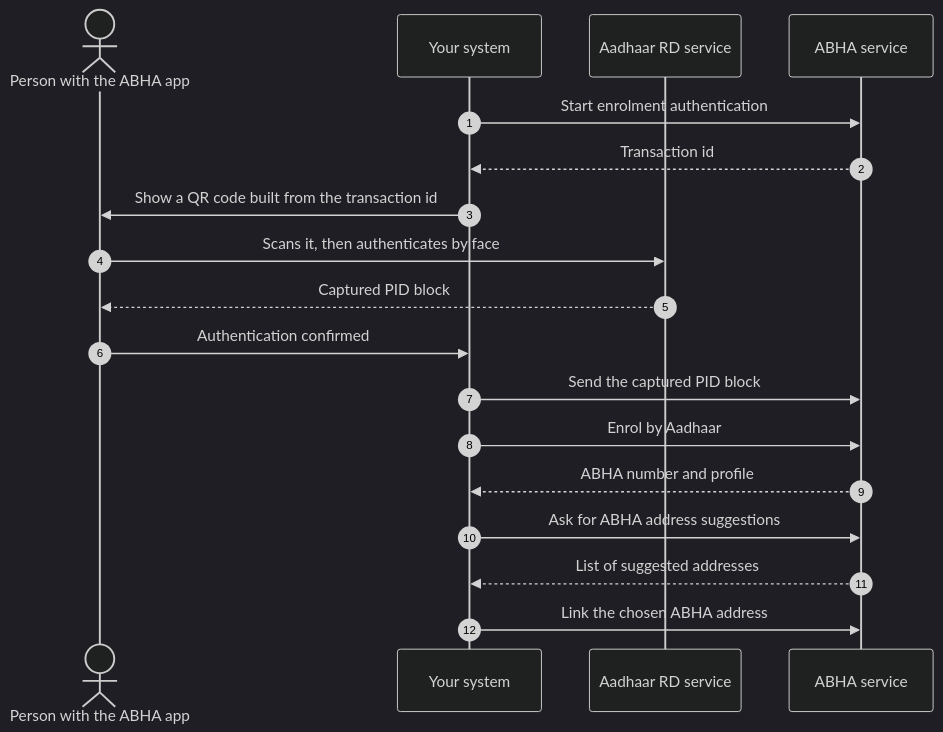
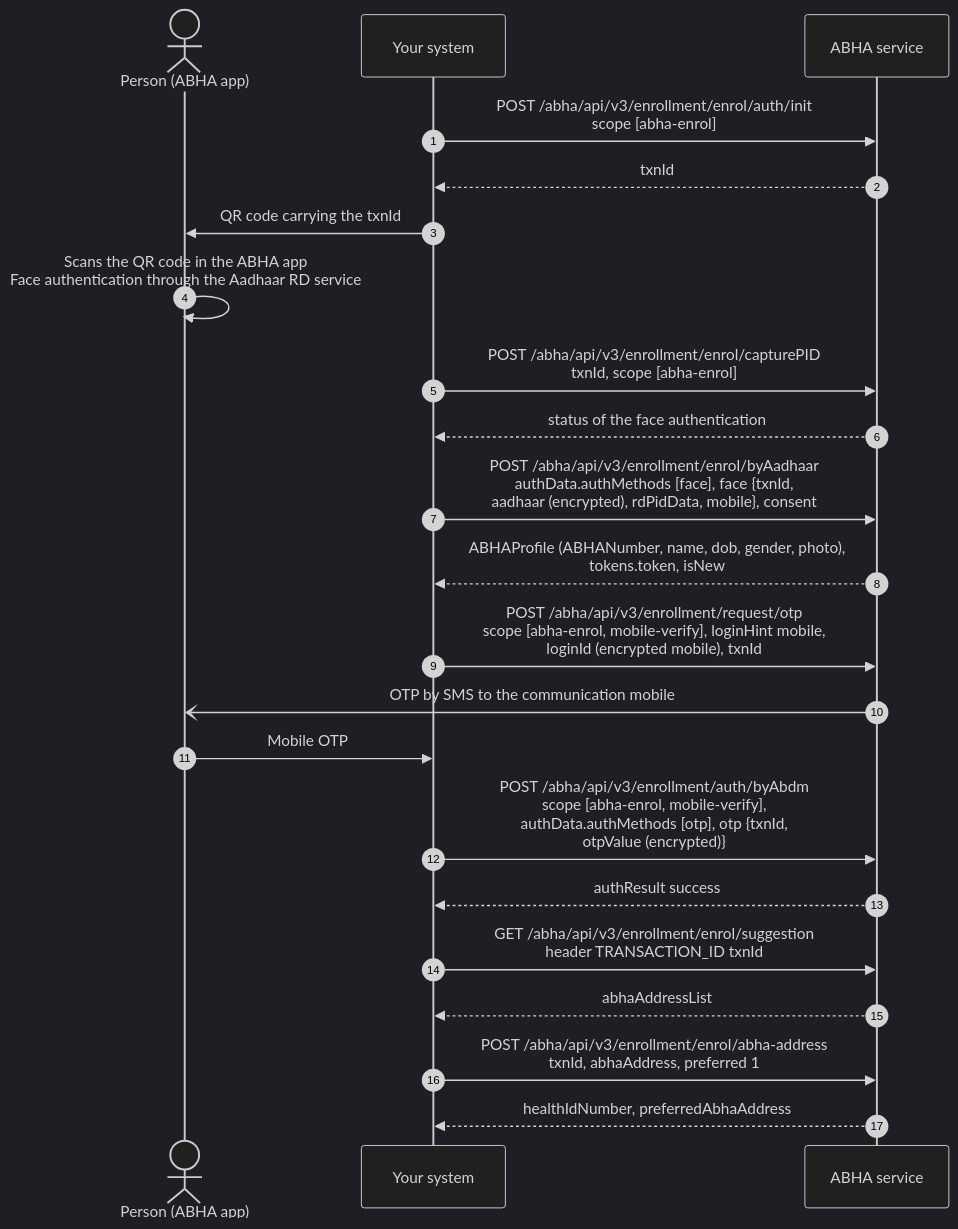
Before and after one commit to nha-in/docs: the second of 6 diagrams in site/docs/hiecm/v3/milestones/m1.mdx, drawn with Mermaid (dark theme). The commit also changed other lines of this file and 4 other files, not shown here.

````diff
--- a/site/docs/hiecm/v3/milestones/m1.mdx
+++ b/site/docs/hiecm/v3/milestones/m1.mdx
@@ -159,20 +164,24 @@
 ```mermaid
 sequenceDiagram
     autonumber
-    actor P as Person with the ABHA app
+    actor P as Person (ABHA app)
     participant S as Your system
-    participant R as Aadhaar RD service
     participant A as ABHA service
-    S->>A: Start enrolment authentication
-    A-->>S: Transaction id
-    S->>P: Show a QR code built from the transaction id
-    P->>R: Scans it, then authenticates by face
-    R-->>P: Captured PID block
-    P->>S: Authentication confirmed
-    S->>A: Send the captured PID block
-    S->>A: Enrol by Aadhaar
-    A-->>S: ABHA number and profile
-    S->>A: Ask for ABHA address suggestions
-    A-->>S: List of suggested addresses
-    S->>A: Link the chosen ABHA address
+    S->>A: POST /abha/api/v3/enrollment/enrol/auth/init<br/>scope [abha-enrol]
+    A-->>S: txnId
+    S->>P: QR code carrying the txnId
+    P->>P: Scans the QR code in the ABHA app<br/>Face authentication through the Aadhaar RD service
+    S->>A: POST /abha/api/v3/enrollment/enrol/capturePID<br/>txnId, scope [abha-enrol]
+    A-->>S: status of the face authentication
+    S->>A: POST /abha/api/v3/enrollment/enrol/byAadhaar<br/>authData.authMethods [face], face {txnId,<br/>aadhaar (encrypted), rdPidData, mobile}, consent
+    A-->>S: ABHAProfile (ABHANumber, name, dob, gender, photo),<br/>tokens.token, isNew
+    S->>A: POST /abha/api/v3/enrollment/request/otp<br/>scope [abha-enrol, mobile-verify], loginHint mobile,<br/>loginId (encrypted mobile), txnId
+    A-)P: OTP by SMS to the communication mobile
+    P->>S: Mobile OTP
+    S->>A: POST /abha/api/v3/enrollment/auth/byAbdm<br/>scope [abha-enrol, mobile-verify],<br/>authData.authMethods [otp], otp {txnId,<br/>otpValue (encrypted)}
+    A-->>S: authResult success
+    S->>A: GET /abha/api/v3/enrollment/enrol/suggestion<br/>header TRANSACTION_ID txnId
+    A-->>S: abhaAddressList
+    S->>A: POST /abha/api/v3/enrollment/enrol/abha-address<br/>txnId, abhaAddress, preferred 1
+    A-->>S: healthIdNumber, preferredAbhaAddress
 ```
````
